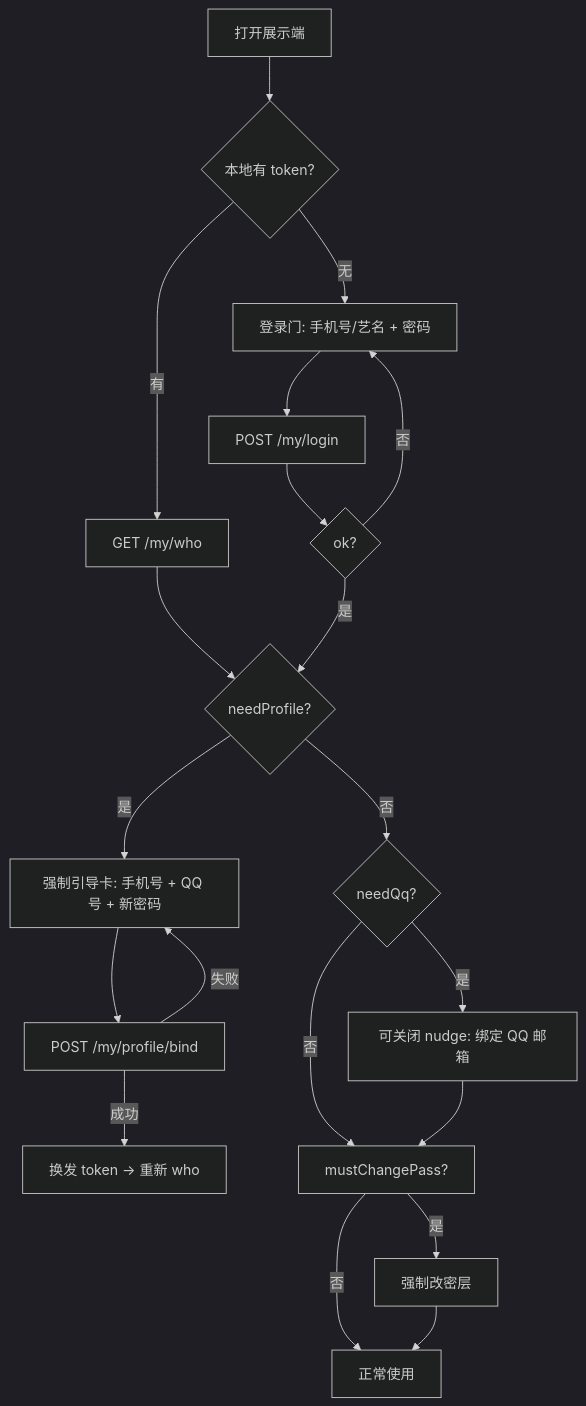
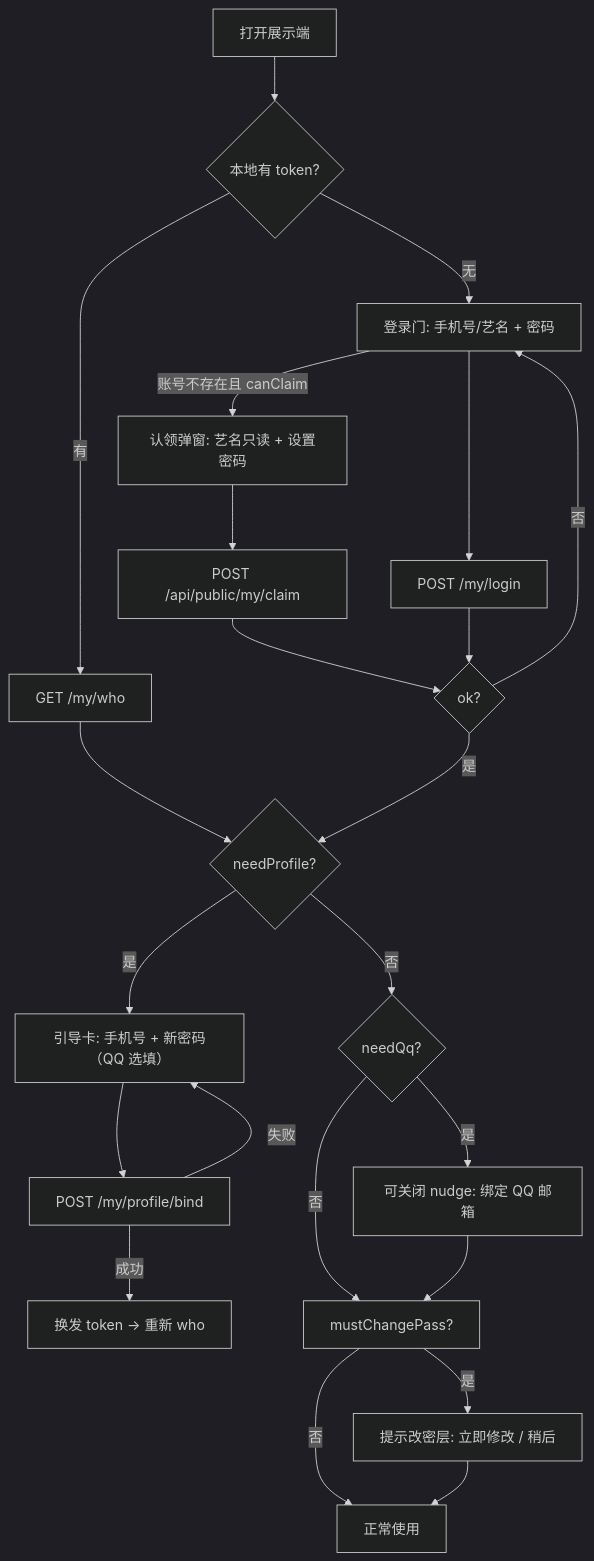
One commit to subisle/douyin-pk-group changed the first of 2 diagrams in docs/26-账号绑定QQ邮箱与艺名登录设计.md. Above: the diagram before and after it, drawn with Mermaid (dark theme). The commit also changed other lines of this file and 21 other files, not shown here.

````diff
--- a/docs/26-账号绑定QQ邮箱与艺名登录设计.md
+++ b/docs/26-账号绑定QQ邮箱与艺名登录设计.md
@@ -170,22 +195,25 @@
 ```mermaid
 flowchart TD
     A[打开展示端] --> B{本地有 token?}
     B -- 有 --> C[GET /my/who]
     B -- 无 --> D[登录门: 手机号/艺名 + 密码]
     C --> E{needProfile?}
+    D -- 账号不存在且 canClaim --> CL[认领弹窗: 艺名只读 + 设置密码]
+    CL --> CF[POST /api/public/my/claim]
+    CF --> G
     D --> F[POST /my/login]
     F --> G{ok?}
     G -- 否 --> D
     G -- 是 --> E
-    E -- 是 --> H[强制引导卡: 手机号 + QQ 号 + 新密码]
+    E -- 是 --> H[引导卡: 手机号 + 新密码（QQ 选填）]
     H --> I[POST /my/profile/bind]
     I -- 成功 --> J[换发 token → 重新 who]
     I -- 失败 --> H
     E -- 否 --> K{needQq?}
     K -- 是 --> L[可关闭 nudge: 绑定 QQ 邮箱]
     K -- 否 --> M[mustChangePass?]
     L --> M
-    M -- 是 --> N[强制改密层]
+    M -- 是 --> N[提示改密层: 立即修改 / 稍后]
     M -- 否 --> O[正常使用]
     N --> O
 ```
````
